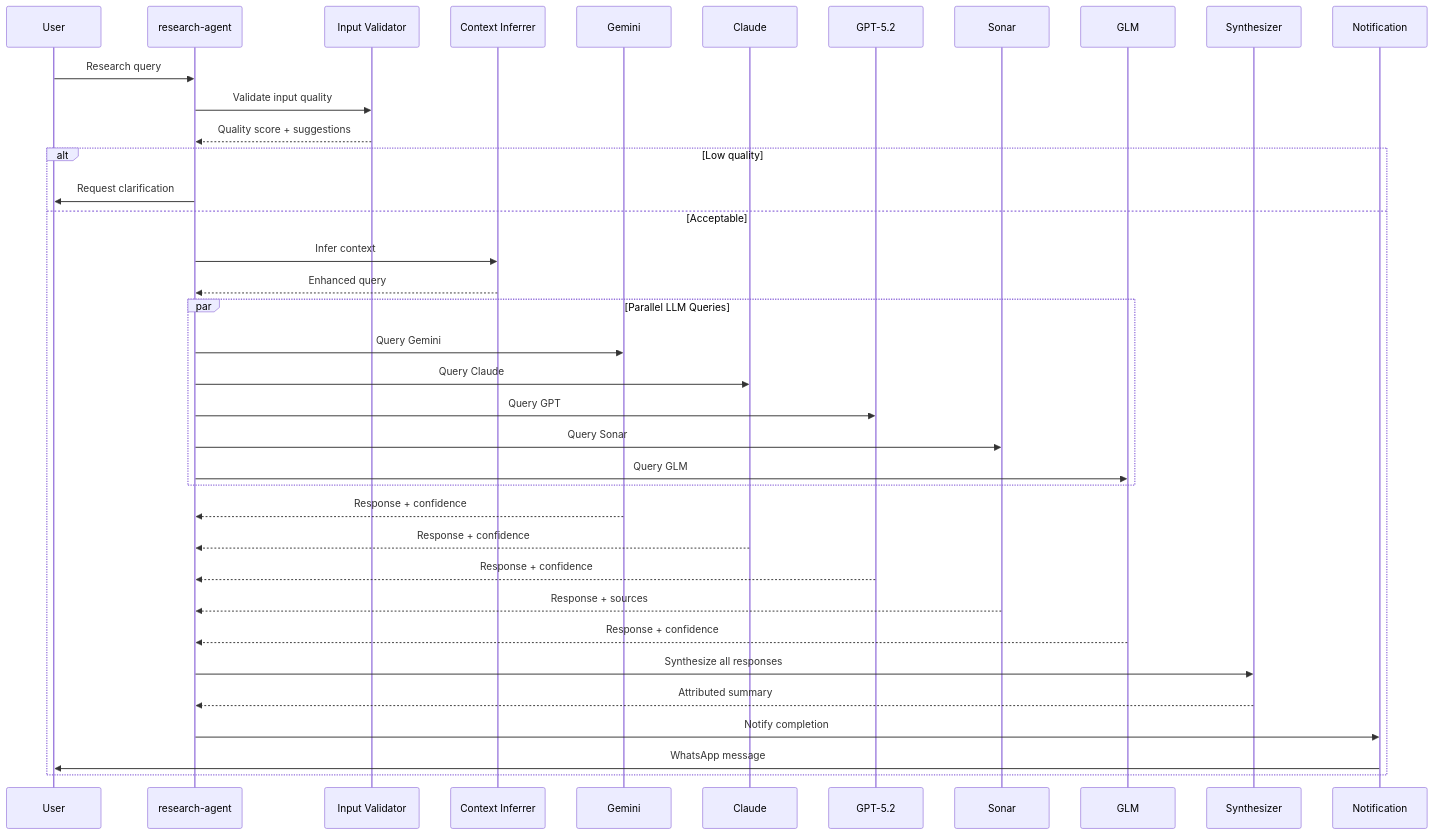
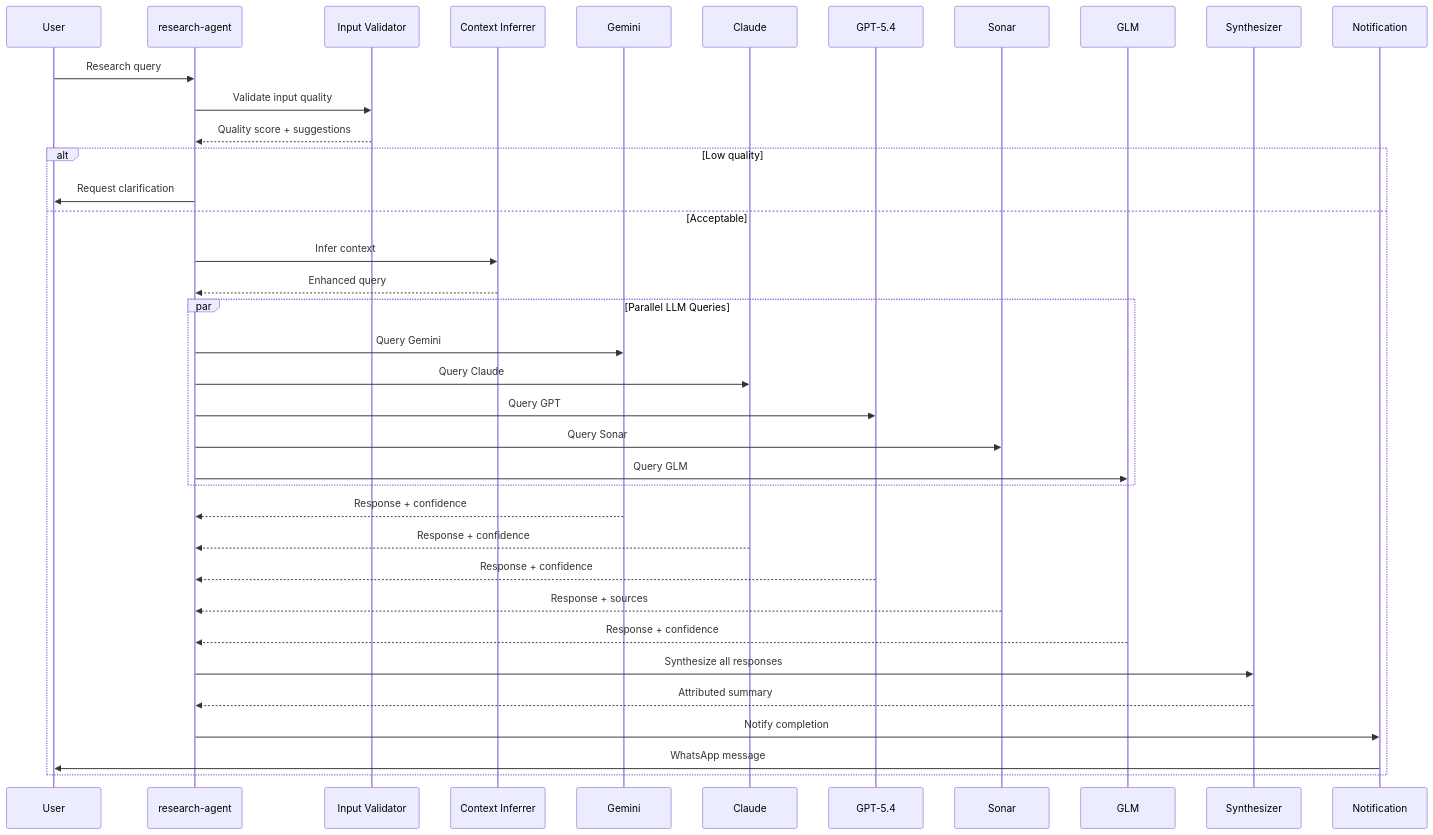
One commit to pbuchman/intexuraos changed the second of 4 diagrams in docs/architecture/ai-architecture.md. Above: the diagram before and after it, drawn with Mermaid. The commit also changed other lines of this file and 12 other files, not shown here.

````diff
--- a/docs/architecture/ai-architecture.md
+++ b/docs/architecture/ai-architecture.md
@@ -150,45 +150,45 @@
 ```mermaid
 sequenceDiagram
     participant U as User
     participant RA as research-agent
     participant V as Input Validator
     participant CI as Context Inferrer
     participant G as Gemini
     participant C as Claude
-    participant GPT as GPT-5.2
+    participant GPT as GPT-5.4
     participant S as Sonar
     participant Z as GLM
     participant SY as Synthesizer
     participant N as Notification
 
     U->>RA: Research query
     RA->>V: Validate input quality
     V-->>RA: Quality score + suggestions
 
     alt Low quality
         RA->>U: Request clarification
     else Acceptable
         RA->>CI: Infer context
         CI-->>RA: Enhanced query
 
         par Parallel LLM Queries
             RA->>G: Query Gemini
             RA->>C: Query Claude
             RA->>GPT: Query GPT
             RA->>S: Query Sonar
             RA->>Z: Query GLM
         end
 
         G-->>RA: Response + confidence
         C-->>RA: Response + confidence
         GPT-->>RA: Response + confidence
         S-->>RA: Response + sources
         Z-->>RA: Response + confidence
 
         RA->>SY: Synthesize all responses
         SY-->>RA: Attributed summary
 
         RA->>N: Notify completion
         N->>U: WhatsApp message
     end
 ```
````
